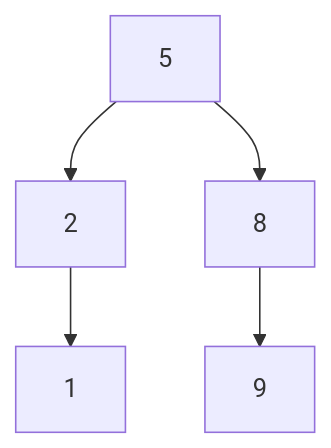
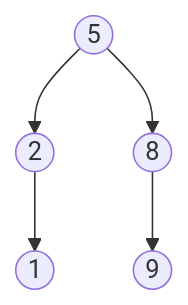
The sixth of 28 diagrams in cst/6binnode/Ex6a1binnode.md (3strategy/BeautifulMivney), drawn with Mermaid before and after one commit. The commit also changed other lines of this file and 3 other files, not shown here.

````diff
--- a/cst/6binnode/Ex6a1binnode.md
+++ b/cst/6binnode/Ex6a1binnode.md
@@ -122,7 +122,7 @@
     ```mermaid
     flowchart TB
-      A[5] --> B[2]
-      A --> C[8]
-      B --> D[1]:::leaf
-      C --> E[9]:::leaf
+      A((5)) --> B((2))
+      A --> C((8))
+      B --> D((1)):::leaf
+      C --> E((9)):::leaf
     ```
````
